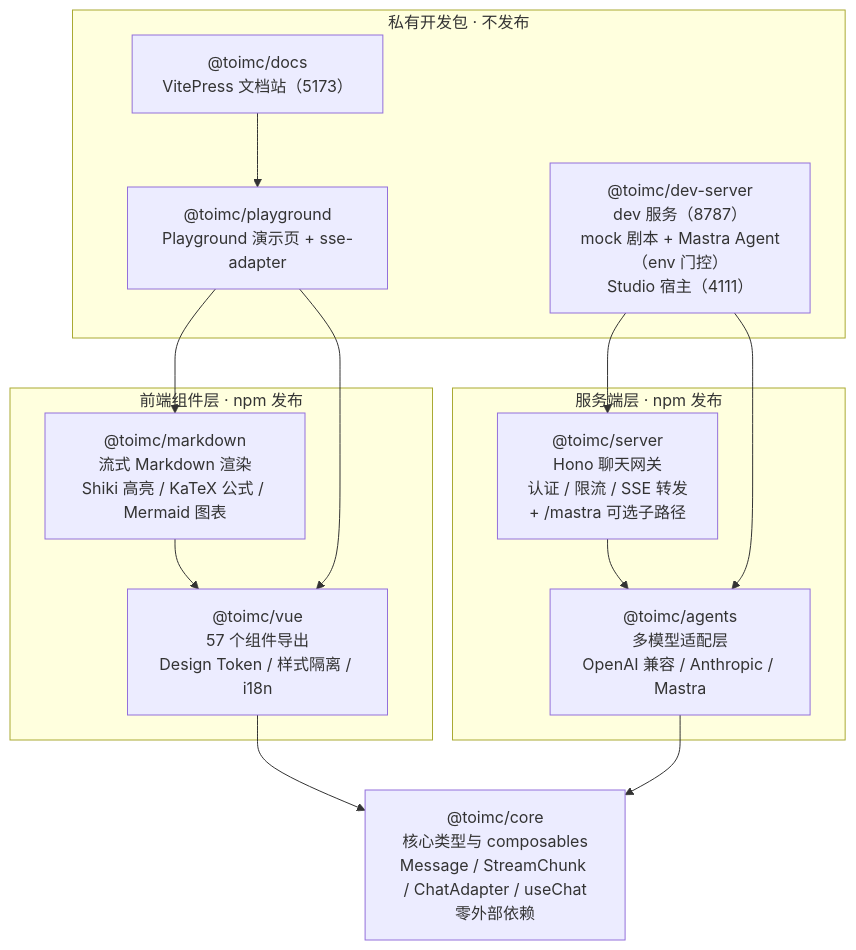
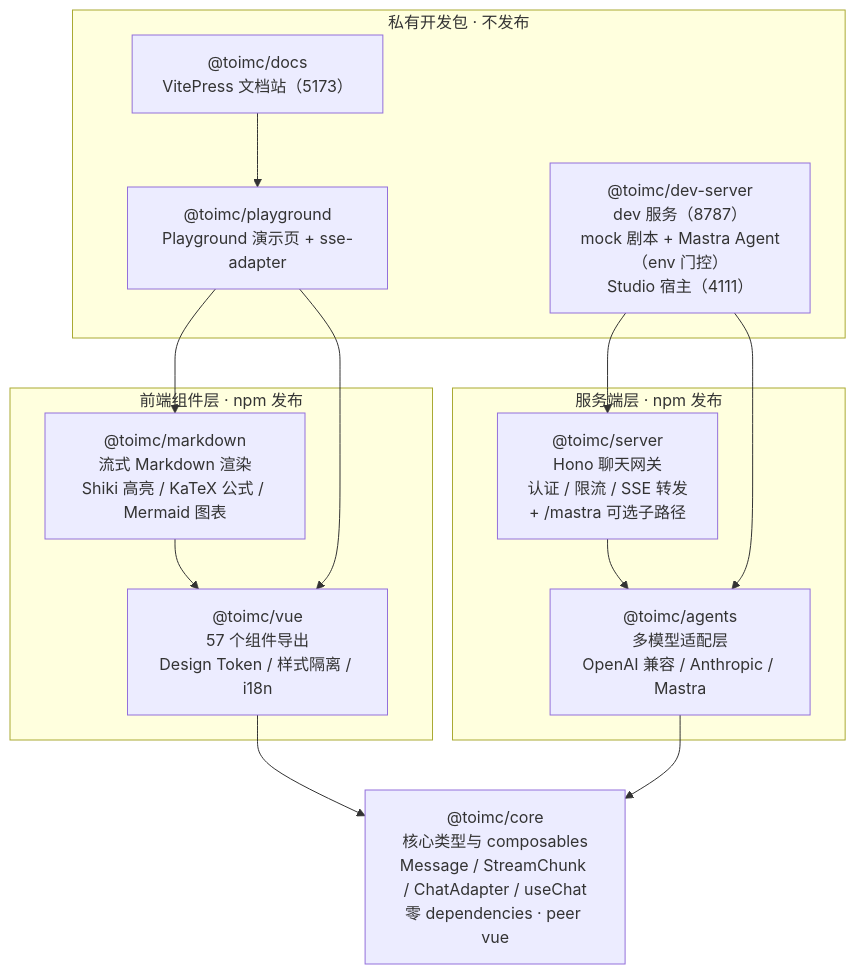
The first of 3 diagrams in README.md (toimc/learn-ai), drawn with Mermaid before and after one commit. The commit also changed other lines of this file and 8 other files, not shown here.

First line of the commit message:
fix(core): 发布产物 external vue——修复双实例致流式失效

````diff
--- a/README.md
+++ b/README.md
@@ -93,30 +93,30 @@
 ```mermaid
 flowchart TB
     subgraph fe["前端组件层 · npm 发布"]
         VUE["@toimc/vue<br/>57 个组件导出<br/>Design Token / 样式隔离 / i18n"]
         MD["@toimc/markdown<br/>流式 Markdown 渲染<br/>Shiki 高亮 / KaTeX 公式 / Mermaid 图表"]
     end
 
     subgraph be["服务端层 · npm 发布"]
         SERVER["@toimc/server<br/>Hono 聊天网关<br/>认证 / 限流 / SSE 转发<br/>+ /mastra 可选子路径"]
         AGENTS["@toimc/agents<br/>多模型适配层<br/>OpenAI 兼容 / Anthropic / Mastra"]
     end
 
     subgraph dev["私有开发包 · 不发布"]
         DOCS["@toimc/docs<br/>VitePress 文档站（5173）"]
         PG["@toimc/playground<br/>Playground 演示页 + sse-adapter"]
         DEV["@toimc/dev-server<br/>dev 服务（8787）<br/>mock 剧本 + Mastra Agent（env 门控）<br/>Studio 宿主（4111）"]
     end
 
-    CORE["@toimc/core<br/>核心类型与 composables<br/>Message / StreamChunk / ChatAdapter / useChat<br/>零外部依赖"]
+    CORE["@toimc/core<br/>核心类型与 composables<br/>Message / StreamChunk / ChatAdapter / useChat<br/>零 dependencies · peer vue"]
 
     VUE --> CORE
     MD --> VUE
     AGENTS --> CORE
     SERVER --> AGENTS
     PG --> VUE
     PG --> MD
     DOCS --> PG
     DEV --> SERVER
     DEV --> AGENTS
 ```
````
